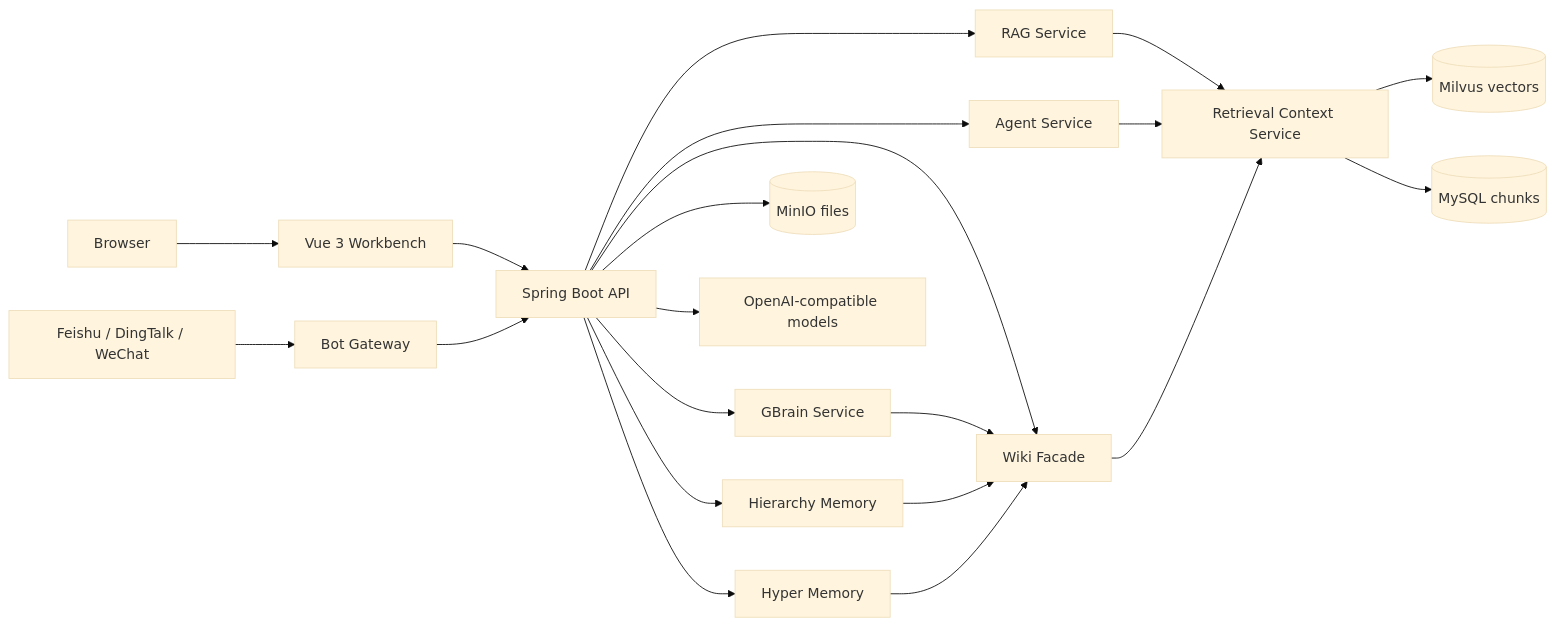
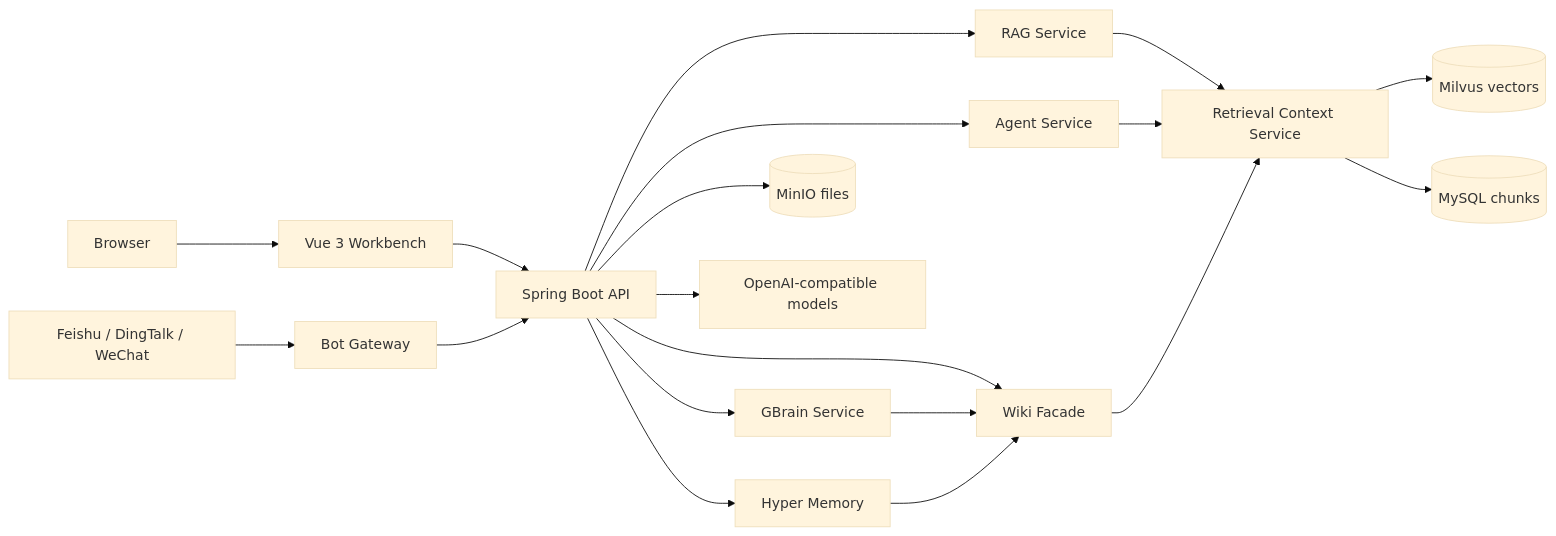
The diagram in README.md (Harzva/HyperMemory), drawn with Mermaid (base theme) before and after one commit. The commit also changed other lines of this file and 25 other files, not shown here.

Commit message:
Remove hierarchy memory layer

````diff
--- a/README.md
+++ b/README.md
@@ -83,23 +83,21 @@
 ```mermaid
 flowchart LR
     User["Browser"] --> UI["Vue 3 Workbench"]
     Bot["Feishu / DingTalk / WeChat"] --> Gateway["Bot Gateway"]
     UI --> API["Spring Boot API"]
     Gateway --> API
     API --> RAG["RAG Service"]
     API --> Agent["Agent Service"]
     API --> Wiki["Wiki Facade"]
     API --> GBrain["GBrain Service"]
-    API --> Hierarchy["Hierarchy Memory"]
     API --> Hyper["Hyper Memory"]
     RAG --> Retrieval["Retrieval Context Service"]
     Agent --> Retrieval
     Wiki --> Retrieval
     GBrain --> Wiki
-    Hierarchy --> Wiki
     Hyper --> Wiki
     Retrieval --> Milvus[("Milvus vectors")]
     Retrieval --> MySQL[("MySQL chunks")]
     API --> MinIO[("MinIO files")]
     API --> Model["OpenAI-compatible models"]
 ```
````
